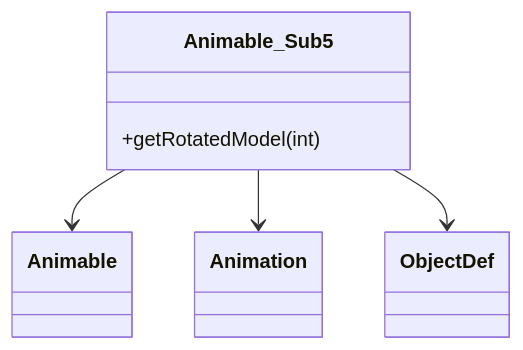
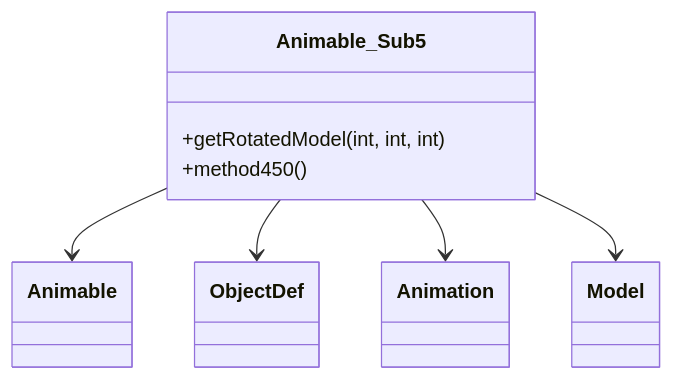
One commit to daxxog/solmud changed the diagram in bytecode/mapping/evidence/verified/Animable_Sub5_WBWOBAFW.md. Above: the diagram before and after it, drawn with Mermaid. The commit also changed other lines of this file and 2 other files, not shown here.

````diff
--- a/bytecode/mapping/evidence/verified/Animable_Sub5_WBWOBAFW.md
+++ b/bytecode/mapping/evidence/verified/Animable_Sub5_WBWOBAFW.md
@@ -9,7 +16,9 @@
 ```mermaid
 classDiagram
     Animable_Sub5 --> Animable
+    Animable_Sub5 --> ObjectDef
     Animable_Sub5 --> Animation
-    Animable_Sub5 --> ObjectDef
-    Animable_Sub5 : +getRotatedModel(int)
+    Animable_Sub5 --> Model
+    Animable_Sub5 : +getRotatedModel(int, int, int)
+    Animable_Sub5 : +method450()
 ```
````
